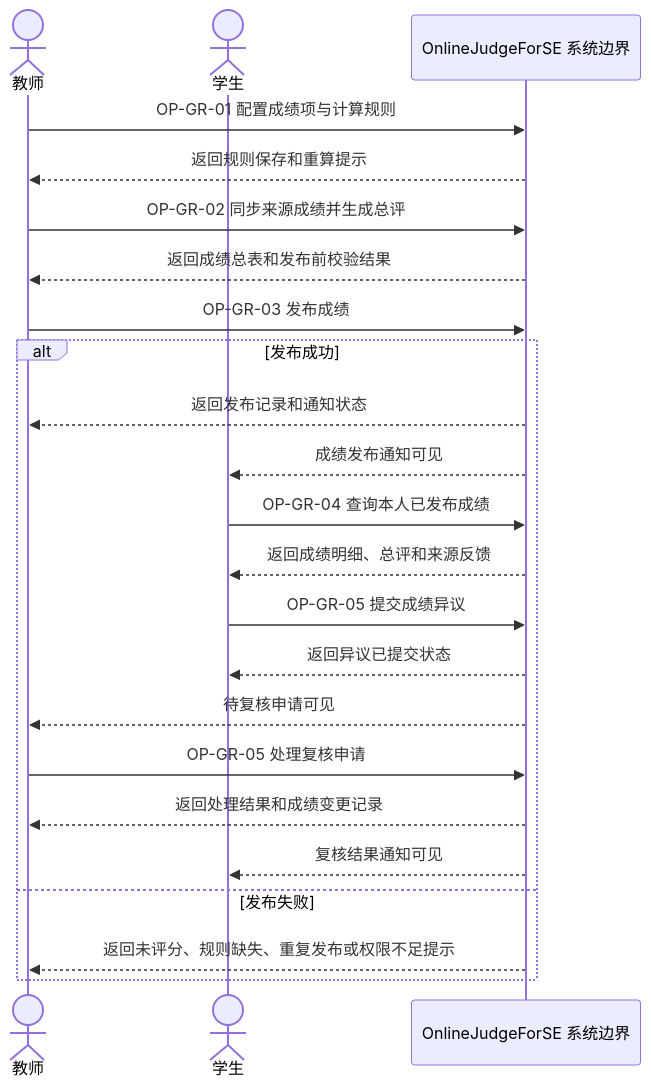
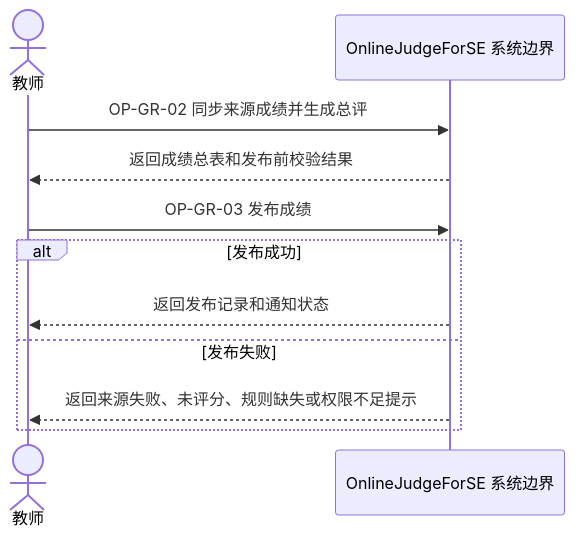
One commit to Cr4zyorange/OnlineJudge changed the diagram in docs/diagrams/srs/fig_4_15_grade_flow_ssd.mmd. Above: the diagram before and after it, drawn with Mermaid. The commit also changed 23 other files, not shown here.

Commit message:
docs(grd): complete scenario diagram traceability

```diff
--- a/docs/diagrams/srs/fig_4_15_grade_flow_ssd.mmd
+++ b/docs/diagrams/srs/fig_4_15_grade_flow_ssd.mmd
@@ -1,23 +1,11 @@
 sequenceDiagram
   actor Teacher as 教师
-  actor Student as 学生
   participant System as OnlineJudgeForSE 系统边界
-  Teacher->>System: OP-GR-01 配置成绩项与计算规则
-  System-->>Teacher: 返回规则保存和重算提示
   Teacher->>System: OP-GR-02 同步来源成绩并生成总评
   System-->>Teacher: 返回成绩总表和发布前校验结果
   Teacher->>System: OP-GR-03 发布成绩
   alt 发布成功
     System-->>Teacher: 返回发布记录和通知状态
-    System-->>Student: 成绩发布通知可见
-    Student->>System: OP-GR-04 查询本人已发布成绩
-    System-->>Student: 返回成绩明细、总评和来源反馈
-    Student->>System: OP-GR-05 提交成绩异议
-    System-->>Student: 返回异议已提交状态
-    System-->>Teacher: 待复核申请可见
-    Teacher->>System: OP-GR-05 处理复核申请
-    System-->>Teacher: 返回处理结果和成绩变更记录
-    System-->>Student: 复核结果通知可见
   else 发布失败
-    System-->>Teacher: 返回未评分、规则缺失、重复发布或权限不足提示
+    System-->>Teacher: 返回来源失败、未评分、规则缺失或权限不足提示
   end
```
